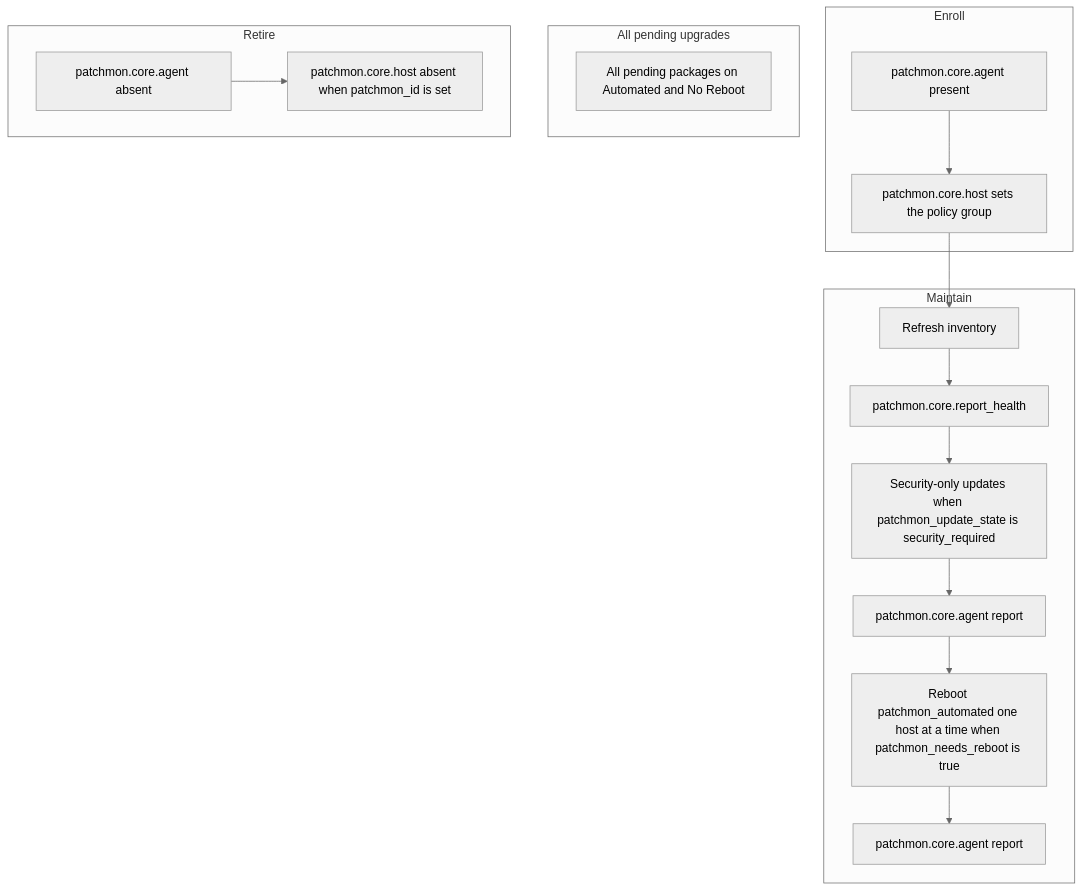
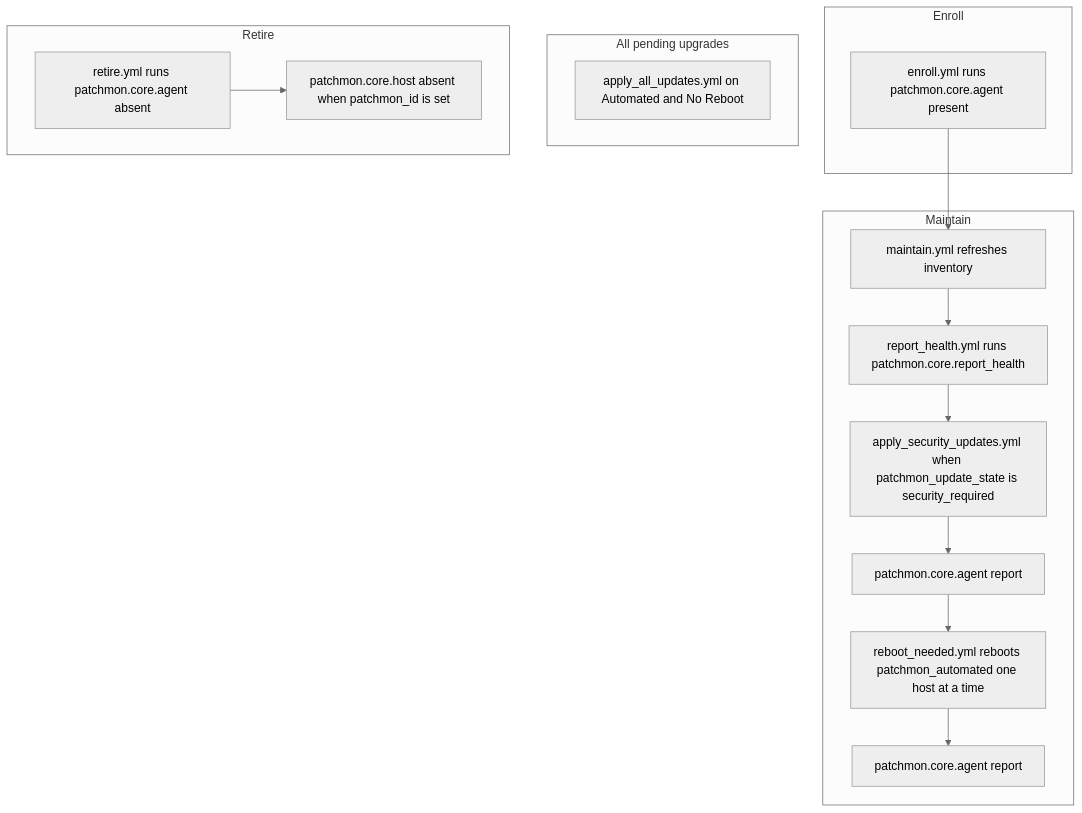
The second of 2 diagrams in README.md (mrjoshuap/PatchMon-ansible), drawn with Mermaid (neutral theme) before and after one commit. The commit also changed other lines of this file and 10 other files, not shown here.

````diff
--- a/README.md
+++ b/README.md
@@ -131,30 +131,28 @@
 ```mermaid
 flowchart TD
   subgraph enroll [Enroll]
-    enrollAgent["patchmon.core.agent present"]
-    enrollGroup["patchmon.core.host sets the policy group"]
-    enrollAgent --> enrollGroup
+    enrollAgent["enroll.yml runs patchmon.core.agent present"]
   end
   subgraph maintain [Maintain]
-    refresh[Refresh inventory]
-    health["patchmon.core.report_health"]
-    securityUpd["Security-only updates when patchmon_update_state is security_required"]
+    refresh[maintain.yml refreshes inventory]
+    health["report_health.yml runs patchmon.core.report_health"]
+    securityUpd["apply_security_updates.yml when patchmon_update_state is security_required"]
     reportSec["patchmon.core.agent report"]
-    rebootHost["Reboot patchmon_automated one host at a time when patchmon_needs_reboot is true"]
+    rebootHost["reboot_needed.yml reboots patchmon_automated one host at a time"]
     reportReboot["patchmon.core.agent report"]
     refresh --> health
     health --> securityUpd
     securityUpd --> reportSec
     reportSec --> rebootHost
     rebootHost --> reportReboot
   end
   subgraph allPending [All pending upgrades]
-    allUpdates["All pending packages on Automated and No Reboot"]
+    allUpdates["apply_all_updates.yml on Automated and No Reboot"]
   end
   subgraph retire [Retire]
-    removeAgent["patchmon.core.agent absent"]
+    removeAgent["retire.yml runs patchmon.core.agent absent"]
     deleteHost["patchmon.core.host absent when patchmon_id is set"]
     removeAgent --> deleteHost
   end
-  enrollGroup --> refresh
+  enrollAgent --> refresh
 ```
````
